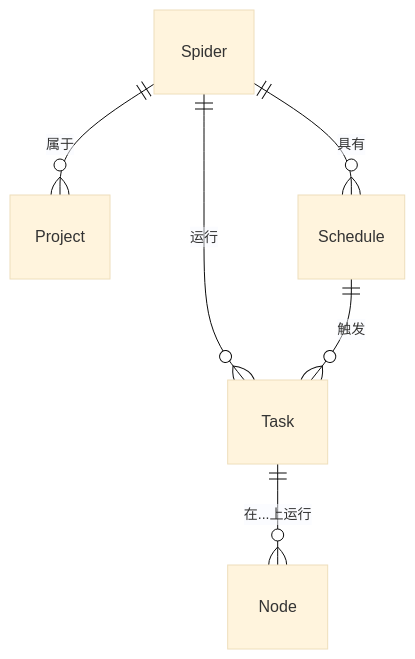
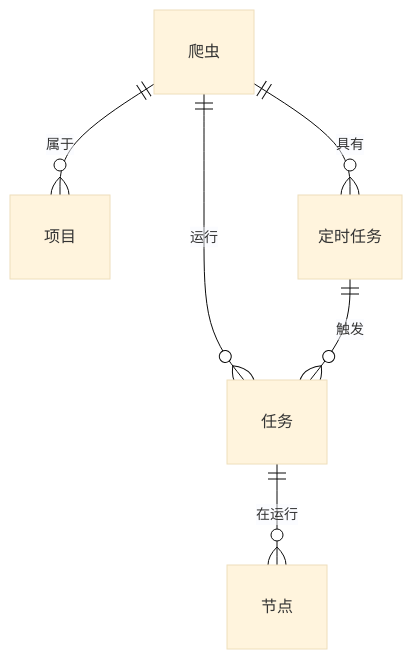
One commit to crawlab-team/crawlab-docs changed the second of 2 diagrams in packages/v0.7/i18n/zh/docusaurus-plugin-content-docs/current/guides/spider/index.md. Above: the diagram before and after it, drawn with Mermaid (base theme). The commit also changed other lines of this file and 40 other files, not shown here.

````diff
--- a/packages/v0.7/i18n/zh/docusaurus-plugin-content-docs/current/guides/spider/index.md
+++ b/packages/v0.7/i18n/zh/docusaurus-plugin-content-docs/current/guides/spider/index.md
@@ -84,8 +84,8 @@
 ```mermaid
 erDiagram
-  Spider ||--o{ Project : "属于"
-  Spider ||--o{ Task : "运行"
-  Spider ||--o{ Schedule : "具有"
-  Task ||--o{ Node : "在...上运行"
-  Schedule ||--o{ Task : "触发"
+  爬虫 ||--o{ 项目 : "属于"
+  爬虫 ||--o{ 任务 : "运行"
+  爬虫 ||--o{ 定时任务 : "具有"
+  任务 ||--o{ 节点 : "在运行"
+  定时任务 ||--o{ 任务 : "触发"
 ```
````
